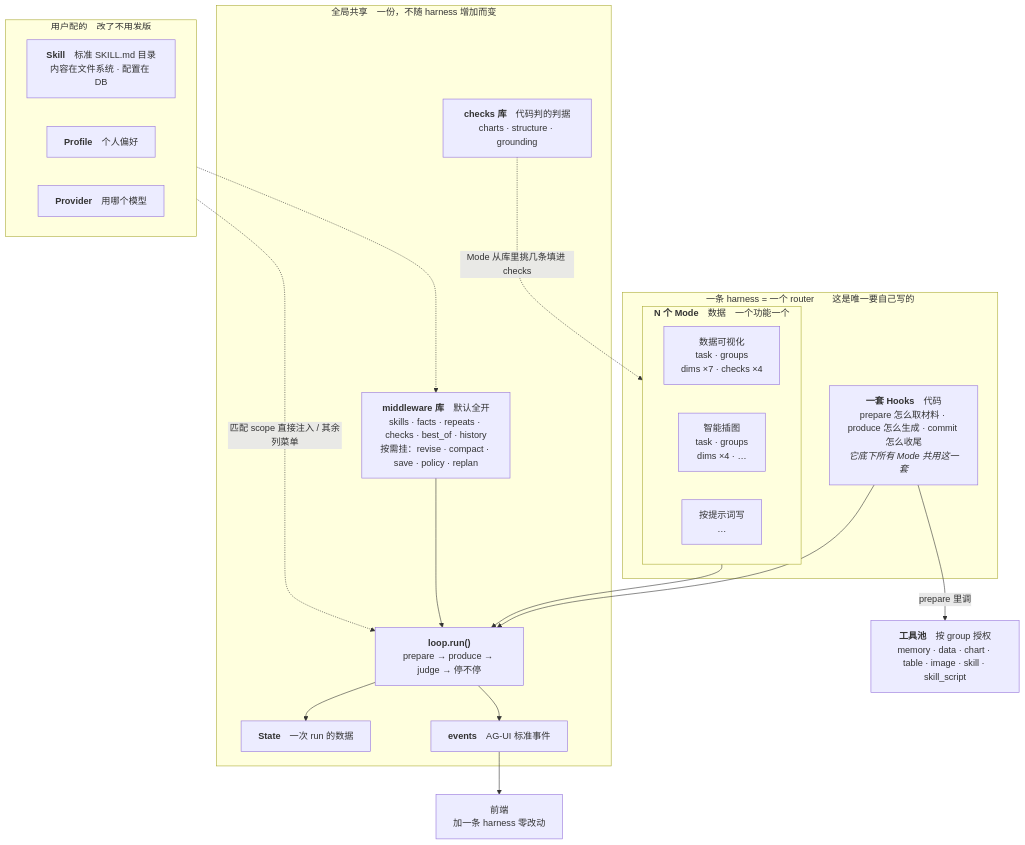
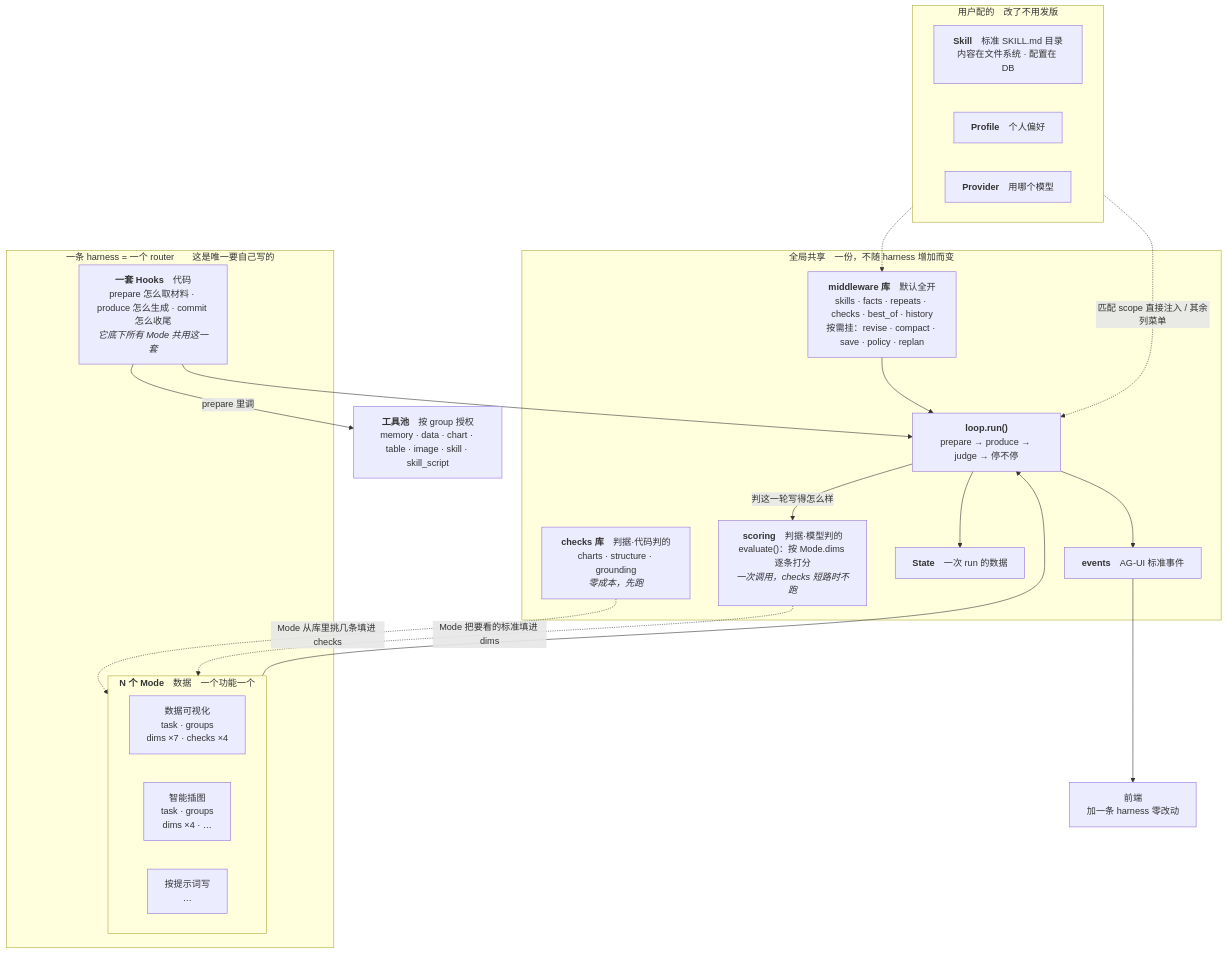
The first of 2 diagrams in docs/harness-framework.md (huilongbaba/MEMOKET_NOTE), drawn with Mermaid before and after one commit. The commit also changed other lines of this file, not shown here.

First line of the commit message:
docs: 一页纸的图上补 scoring——判据分两类，图上只画了一类

````diff
--- a/docs/harness-framework.md
+++ b/docs/harness-framework.md
@@ -16,40 +16,43 @@
 ```mermaid
 flowchart TB
     subgraph HARNESS["一条 harness = 一个 router　　这是唯一要自己写的"]
         HOOK["<b>一套 Hooks</b>　代码<br/>prepare 怎么取材料 · produce 怎么生成 · commit 怎么收尾<br/><i>它底下所有 Mode 共用这一套</i>"]
         subgraph MODES["<b>N 个 Mode</b>　数据　一个功能一个"]
             direction LR
             M1["数据可视化<br/>task · groups<br/>dims ×7 · checks ×4"]
             M2["智能插图<br/>task · groups<br/>dims ×4 · …"]
             M3["按提示词写<br/>…"]
         end
     end
 
     subgraph LIB["全局共享　一份，不随 harness 增加而变"]
         LOOP["<b>loop.run()</b><br/>prepare → produce → judge → 停不停"]
         MW["<b>middleware 库</b>　默认全开<br/>skills · facts · repeats · checks · best_of · history<br/>按需挂：revise · compact · save · policy · replan"]
-        CK["<b>checks 库</b>　代码判的判据<br/>charts · structure · grounding"]
+        CK["<b>checks 库</b>　判据·代码判的<br/>charts · structure · grounding<br/><i>零成本，先跑</i>"]
+        SC["<b>scoring</b>　判据·模型判的<br/>evaluate()：按 Mode.dims 逐条打分<br/><i>一次调用，checks 短路时不跑</i>"]
         ST["<b>State</b>　一次 run 的数据"]
         EVT["<b>events</b>　AG-UI 标准事件"]
     end
 
     subgraph USER["用户配的　改了不用发版"]
         direction LR
         SK["<b>Skill</b>　标准 SKILL.md 目录<br/>内容在文件系统 · 配置在 DB"]
         PF["<b>Profile</b>　个人偏好"]
         PV["<b>Provider</b>　用哪个模型"]
     end
 
     TOOLS["<b>工具池</b>　按 group 授权<br/>memory · data · chart · table · image · skill · skill_script"]
 
     HOOK --> LOOP
     MODES --> LOOP
     CK -.->|"Mode 从库里挑几条填进 checks"| MODES
+    SC -.->|"Mode 把要看的标准填进 dims"| MODES
+    LOOP -->|"判这一轮写得怎么样"| SC
     MW --> LOOP
     LOOP --> ST
     LOOP --> EVT
     HOOK -->|"prepare 里调"| TOOLS
     SK -.->|"匹配 scope 直接注入 / 其余列菜单"| LOOP
     PF -.-> MW
     EVT --> FE["前端<br/>加一条 harness 零改动"]
 ```
````
